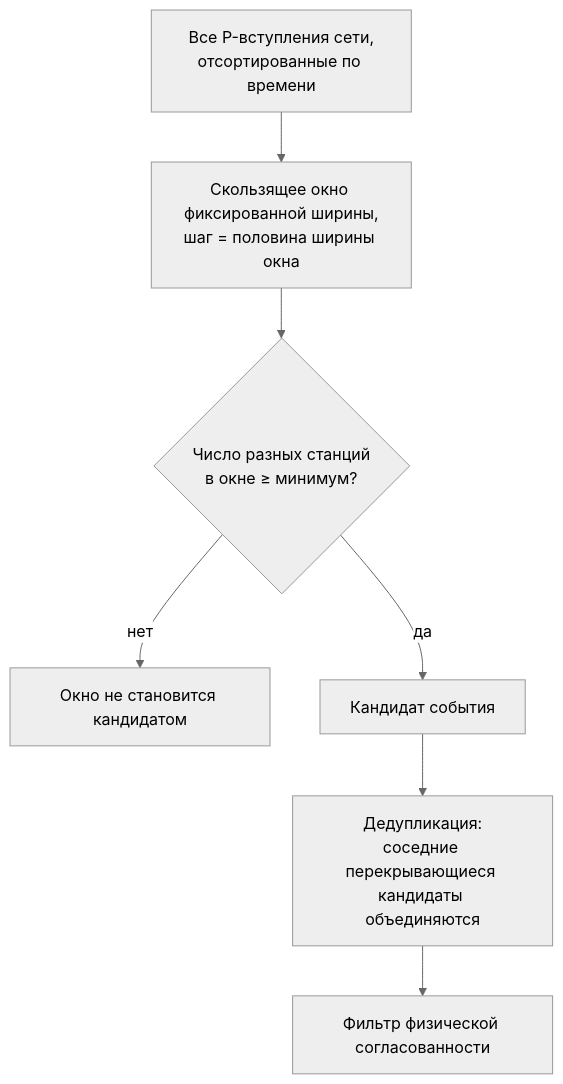
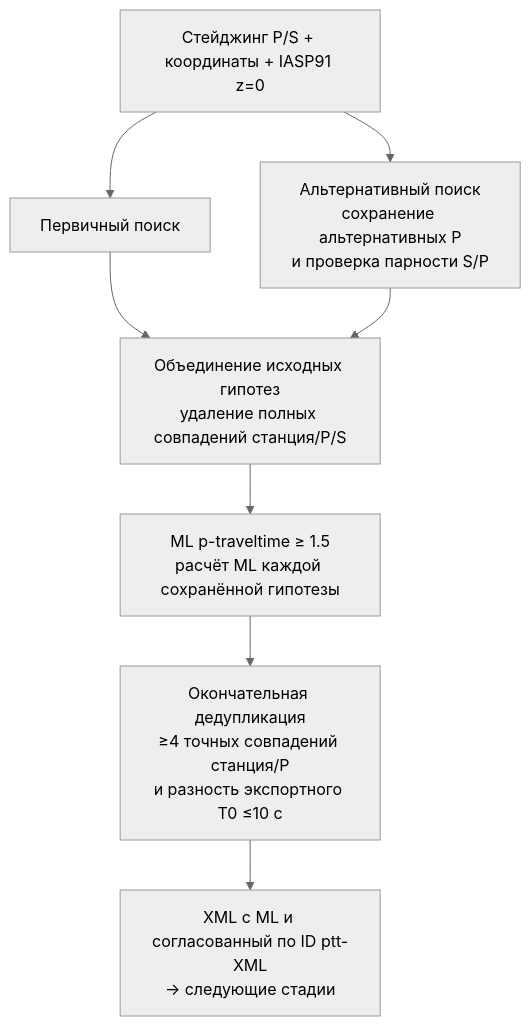
The seventh of 11 diagrams in docs/doc-technical.md (ruhose73/FastEQT), drawn with Mermaid (neutral theme) before and after one commit. The commit also changed other lines of this file, not shown here.

````diff
--- a/docs/doc-technical.md
+++ b/docs/doc-technical.md
@@ -326,9 +566,10 @@
 ```mermaid
 flowchart TD
-    All["Все P-вступления сети,<br/>отсортированные по времени"] --> SW["Скользящее окно фиксированной ширины,<br/>шаг = половина ширины окна"]
-    SW --> Cnt{"Число разных станций<br/>в окне ≥ минимум?"}
-    Cnt -- "нет" --> Drop["Окно не становится кандидатом"]
-    Cnt -- "да" --> Cand["Кандидат события"]
-    Cand --> Dedup["Дедупликация:<br/>соседние перекрывающиеся кандидаты объединяются"]
-    Dedup --> Coh["Фильтр физической согласованности"]
+    X["Стейджинг P/S + координаты + IASP91 z=0"] --> A["Первичный поиск"]
+    X --> B["Альтернативный поиск<br/>сохранение альтернативных P<br/>и проверка парности S/P"]
+    A --> C["Объединение исходных гипотез<br/>удаление полных совпадений станция/P/S"]
+    B --> C
+    C --> D["ML p-traveltime ≥ 1.5<br/>расчёт ML каждой сохранённой гипотезы"]
+    D --> E["Окончательная дедупликация<br/>≥4 точных совпадений станция/P<br/>и разность экспортного T0 ≤10 с"]
+    E --> F["XML с ML и согласованный по ID ptt-XML<br/>→ следующие стадии"]
 ```
````
